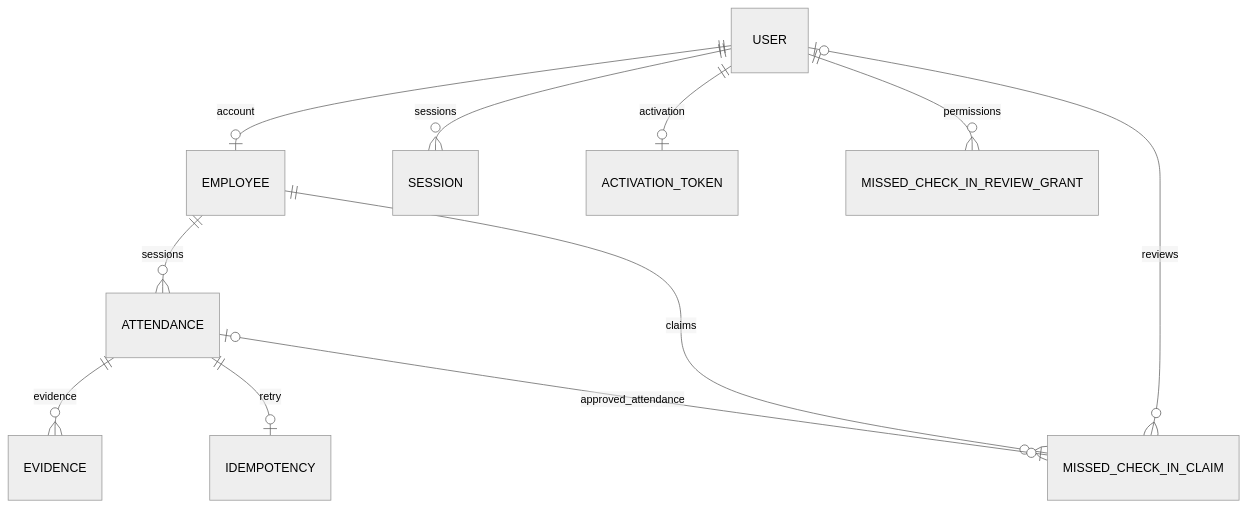
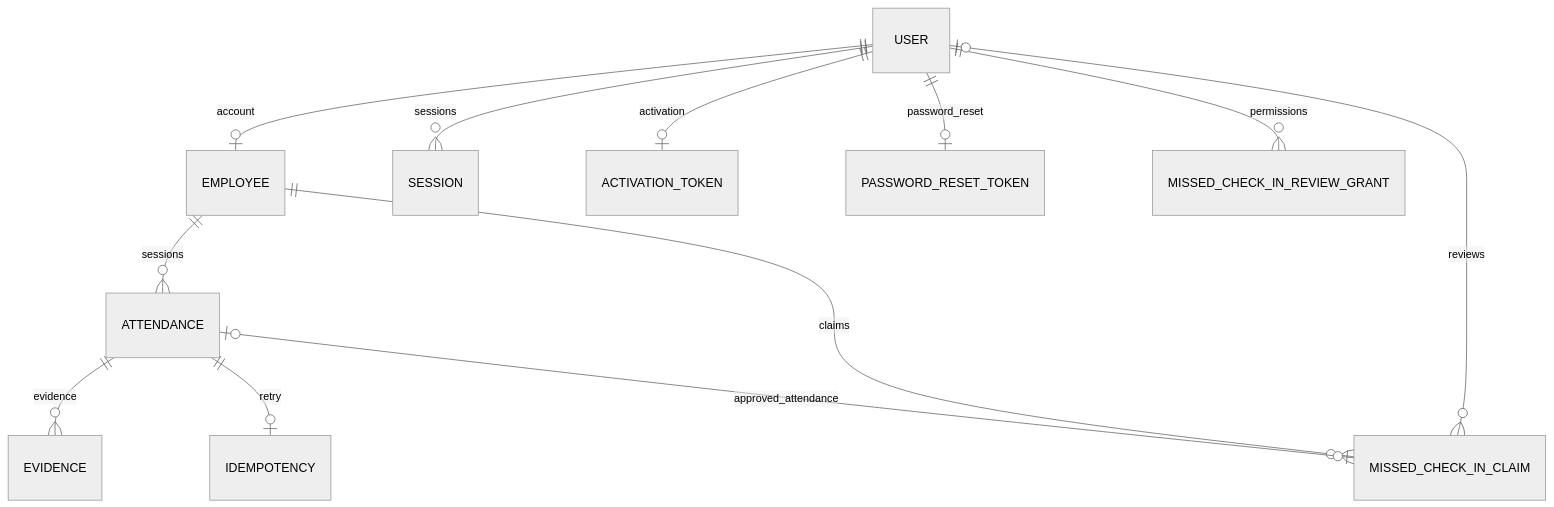
Before and after one commit to Johntor12/dexa-group-technical-test: the second of 2 diagrams in backend/README.md, drawn with Mermaid (neutral theme). The commit also changed other lines of this file and 21 other files, not shown here.

```diff
--- a/backend/README.md
+++ b/backend/README.md
@@ -43,13 +43,14 @@
 ~~~mermaid
 erDiagram
   USER ||--o| EMPLOYEE : account
   USER ||--o{ SESSION : sessions
   USER ||--o| ACTIVATION_TOKEN : activation
+  USER ||--o| PASSWORD_RESET_TOKEN : password_reset
   USER ||--o{ MISSED_CHECK_IN_REVIEW_GRANT : permissions
   EMPLOYEE ||--o{ ATTENDANCE : sessions
   EMPLOYEE ||--o{ MISSED_CHECK_IN_CLAIM : claims
   ATTENDANCE ||--o{ EVIDENCE : evidence
   ATTENDANCE ||--o| IDEMPOTENCY : retry
   USER o|--o{ MISSED_CHECK_IN_CLAIM : reviews
   ATTENDANCE o|--o| MISSED_CHECK_IN_CLAIM : approved_attendance
 ~~~
```
